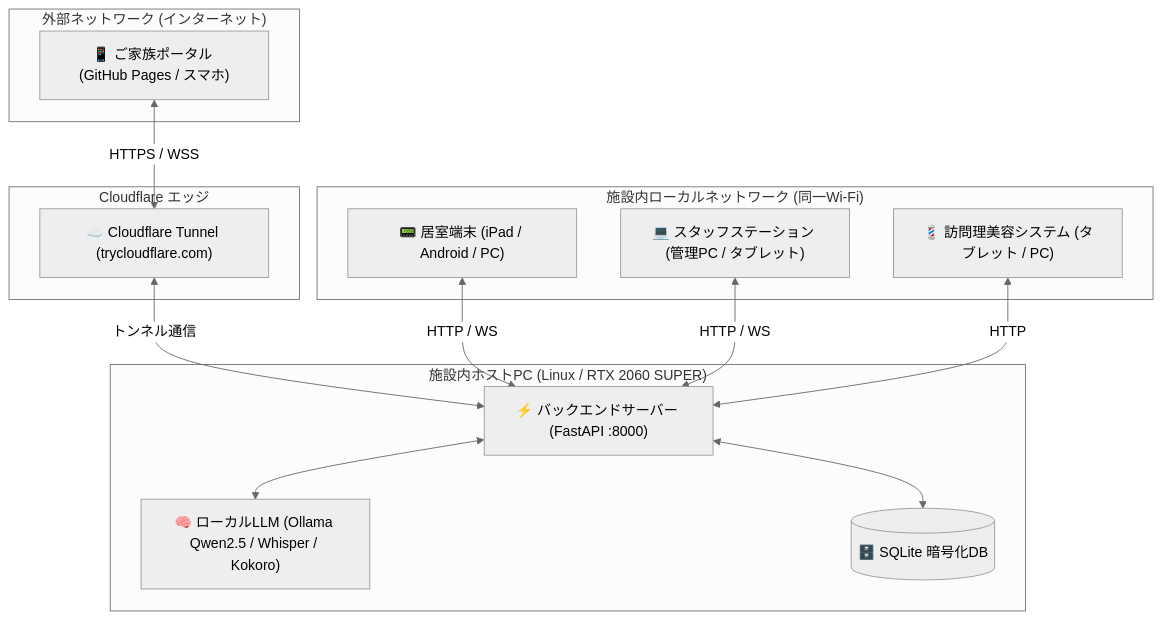
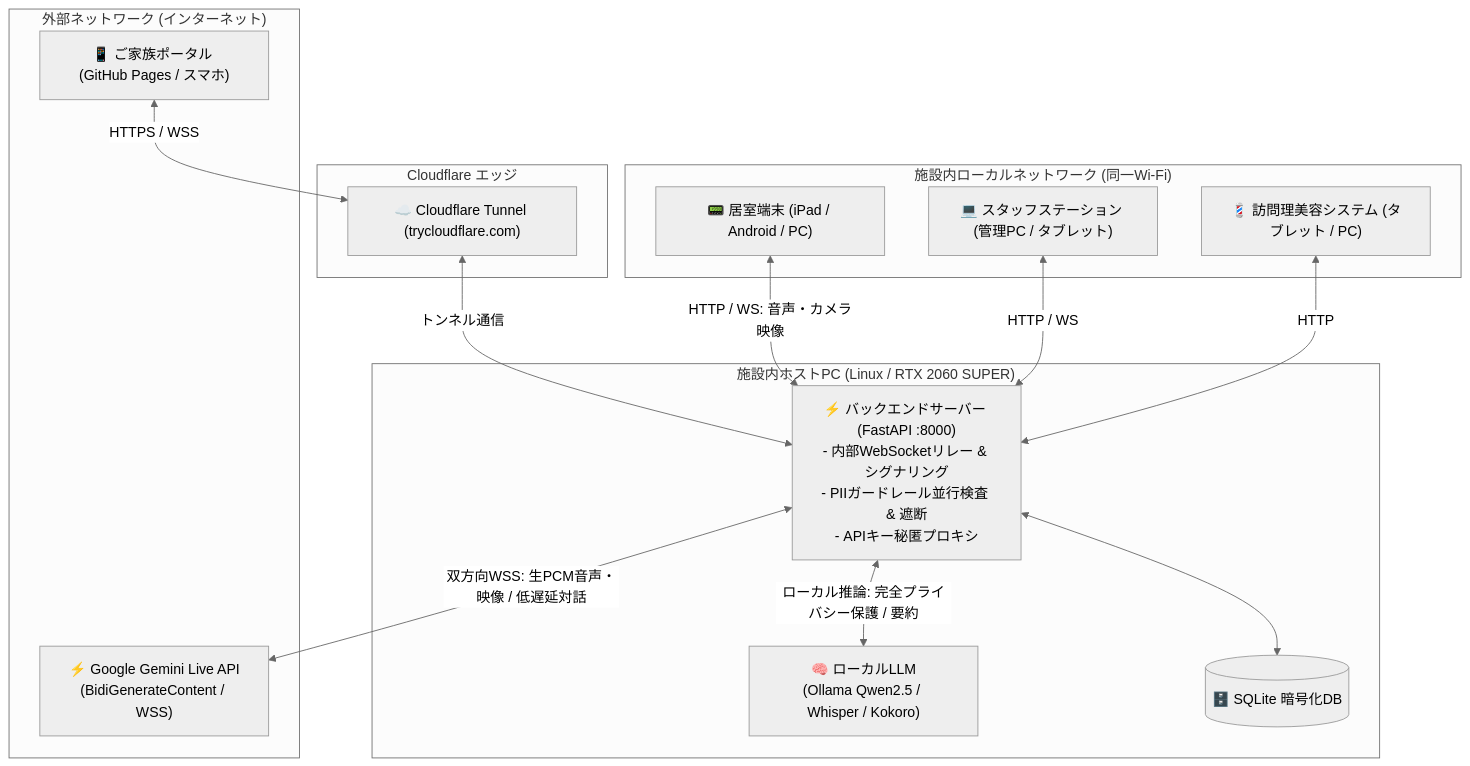
One commit to k3and4ai-sudo/Nursing_facility changed the first of 3 diagrams in CareLink_Intercom_and_Network_Architecture_Obsidian.md. Above: the diagram before and after it, drawn with Mermaid (neutral theme). The commit also changed other lines of this file and 15 other files, not shown here.

````diff
--- a/CareLink_Intercom_and_Network_Architecture_Obsidian.md
+++ b/CareLink_Intercom_and_Network_Architecture_Obsidian.md
@@ -13,30 +13,33 @@
 ```mermaid
 graph TD
     subgraph "外部ネットワーク (インターネット)"
         FamilyExt["📱 ご家族ポータル (GitHub Pages / スマホ)"]
+        GeminiLive["⚡ Google Gemini Live API<br/>(BidiGenerateContent / WSS)"]
     end
 
     subgraph "Cloudflare エッジ"
         CFTunnel["☁️ Cloudflare Tunnel (trycloudflare.com)"]
     end
 
     subgraph "施設内ローカルネットワーク (同一Wi-Fi)"
         RoomTab["📟 居室端末 (iPad / Android / PC)"]
         StaffPC["💻 スタッフステーション (管理PC / タブレット)"]
         BarberPC["💈 訪問理美容システム (タブレット / PC)"]
     end
 
     subgraph "施設内ホストPC (Linux / RTX 2060 SUPER)"
-        FastAPISrv["⚡ バックエンドサーバー (FastAPI :8000)"]
-        LocalLLM["🧠 ローカルLLM (Ollama Qwen2.5 / Whisper / Kokoro)"]
+        FastAPISrv["⚡ バックエンドサーバー (FastAPI :8000)<br/>- 内部WebSocketリレー & シグナリング<br/>- PIIガードレール並行検査 & 遮断<br/>- APIキー秘匿プロキシ"]
+        LocalLLM["🧠 ローカルLLM<br/>(Ollama Qwen2.5 / Whisper / Kokoro)"]
         DB[(🗄️ SQLite 暗号化DB)]
     end
 
-    FamilyExt <-->|HTTPS / WSS| CFTunnel
-    CFTunnel <-->|トンネル通信| FastAPISrv
-    RoomTab <-->|HTTP / WS| FastAPISrv
-    StaffPC <-->|HTTP / WS| FastAPISrv
-    BarberPC <-->|HTTP| FastAPISrv
-    FastAPISrv <--> LocalLLM
+    FamilyExt <-->|"HTTPS / WSS"| CFTunnel
+    CFTunnel <-->|"トンネル通信"| FastAPISrv
+    RoomTab <-->|"HTTP / WS: 音声・カメラ映像"| FastAPISrv
+    StaffPC <-->|"HTTP / WS"| FastAPISrv
+    BarberPC <-->|"HTTP"| FastAPISrv
+    
+    FastAPISrv <-->|"双方向WSS: 生PCM音声・映像 / 低遅延対話"| GeminiLive
+    FastAPISrv <-->|"ローカル推論: 完全プライバシー保護 / 要約"| LocalLLM
     FastAPISrv <--> DB
 ```
````
